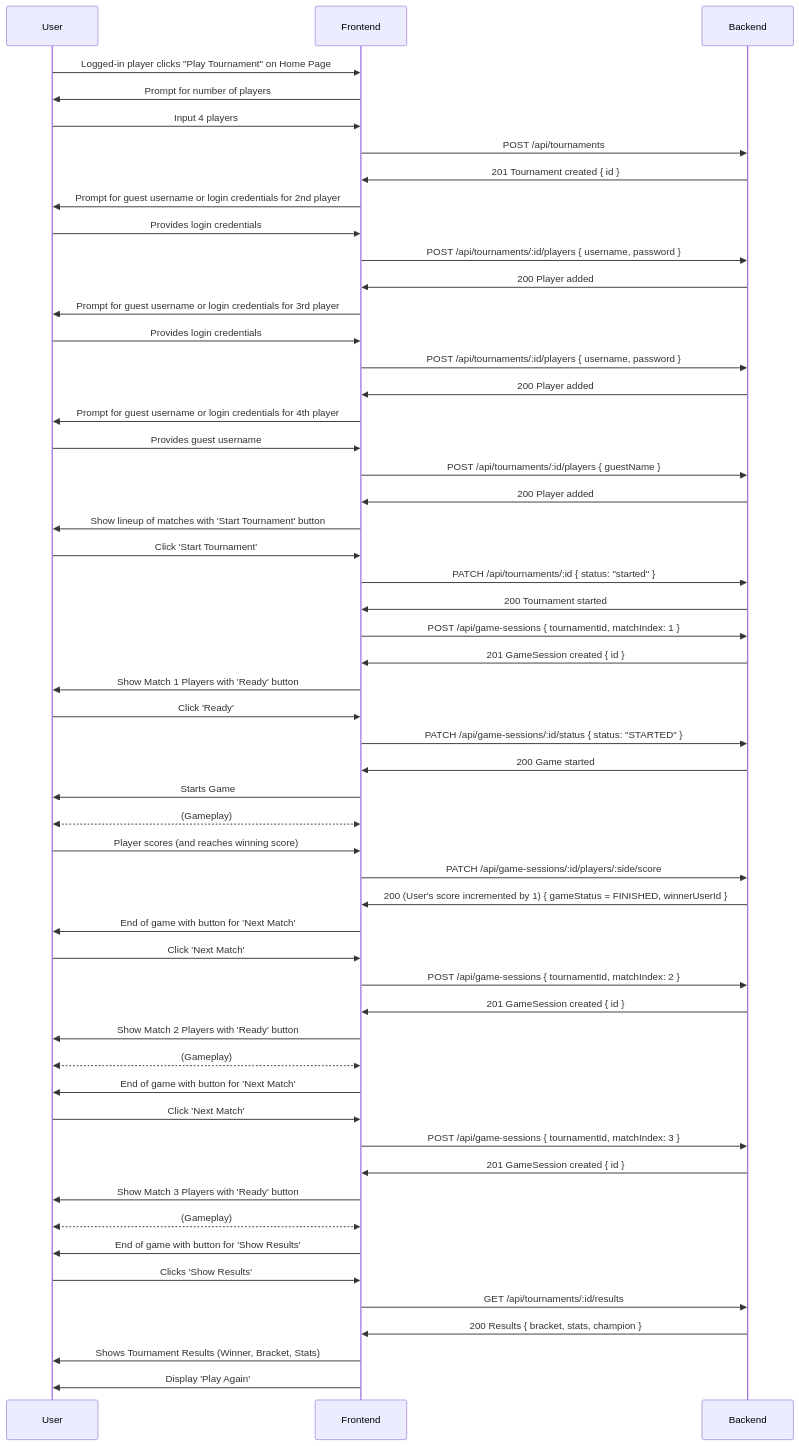
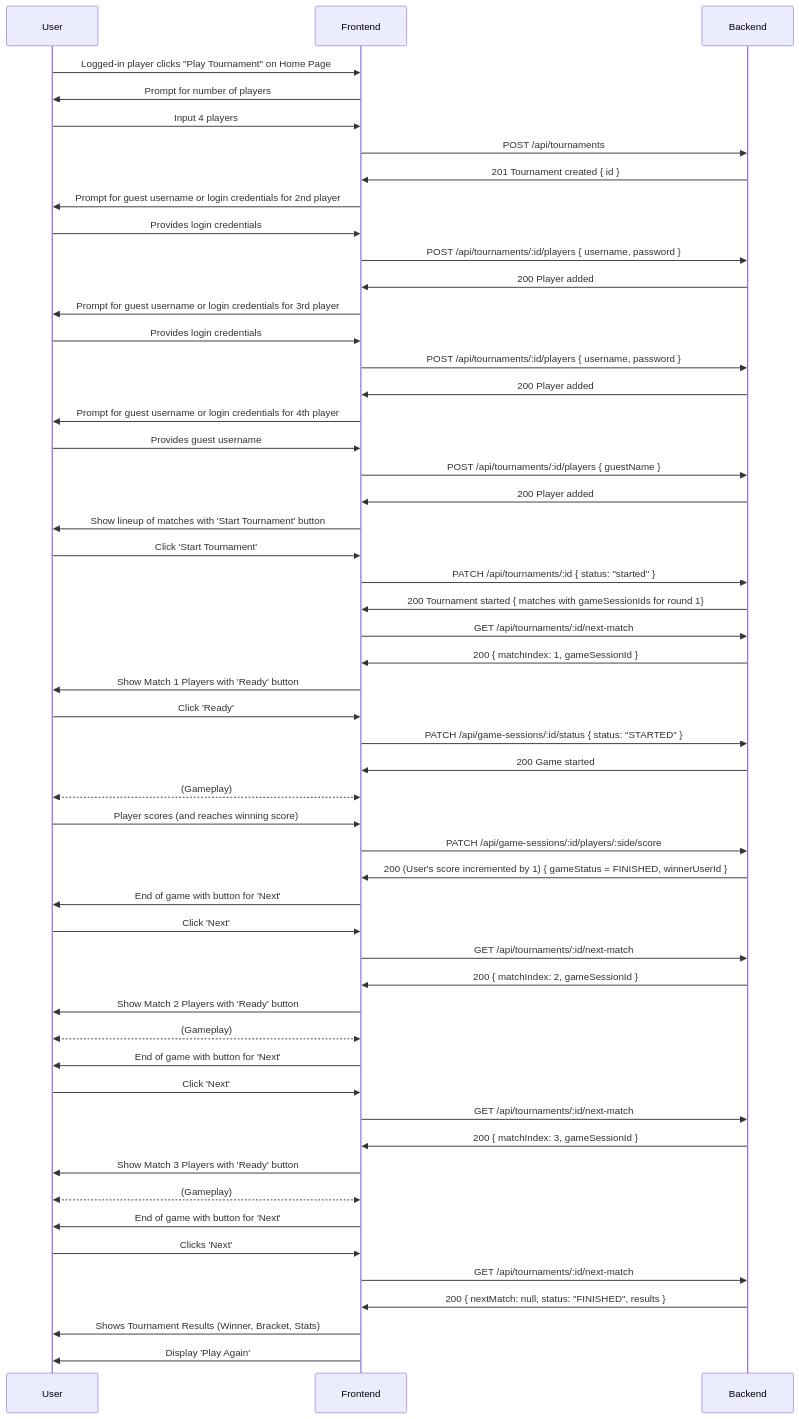
The diagram in documentation/tournament (BE).mmd (marsha-t/ft_transcendence), drawn with Mermaid before and after one commit. The commit also changed 10 other files, not shown here.

```diff
--- a/documentation/tournament (BE).mmd
+++ b/documentation/tournament (BE).mmd
@@ -1,69 +1,71 @@
 sequenceDiagram
     participant U as User
     participant FE as Frontend
     participant BE as Backend
 
     U->>FE: Logged-in player clicks "Play Tournament" on Home Page
     FE->>U: Prompt for number of players
     U->>FE: Input 4 players
 	FE->>BE: POST /api/tournaments 
     BE->>FE: 201 Tournament created { id }
 
+    %% Add player 2
     FE->>U: Prompt for guest username or login credentials for 2nd player
 	U->>FE: Provides login credentials
 	FE->>BE: POST /api/tournaments/:id/players { username, password }
 	BE->>FE: 200 Player added
     
+    %% Add player 3
 	FE->>U: Prompt for guest username or login credentials for 3rd player
 	U->>FE: Provides login credentials
 	FE->>BE: POST /api/tournaments/:id/players { username, password }
 	BE->>FE: 200 Player added
 	
+    %% Add player 4
 	FE->>U: Prompt for guest username or login credentials for 4th player
 	U->>FE: Provides guest username
 	FE->>BE: POST /api/tournaments/:id/players { guestName }
 	BE->>FE: 200 Player added
     
 	FE->>U: Show lineup of matches with 'Start Tournament' button
 	U->>FE: Click 'Start Tournament'
 	FE->>BE: PATCH /api/tournaments/:id { status: "started" }
-    BE->>FE: 200 Tournament started
+    BE->>FE: 200 Tournament started { matches with gameSessionIds for round 1}
 	
-    %% First game session
-	FE->>BE: POST /api/game-sessions { tournamentId, matchIndex: 1 }
-    BE->>FE: 201 GameSession created { id }
-	FE->>U: Show Match 1 Players with 'Ready' button
-	U->>FE: Click 'Ready'
+    %% Match 1 
+    FE->>BE: GET /api/tournaments/:id/next-match
+	BE->>FE: 200 { matchIndex: 1, gameSessionId }
+    FE->>U: Show Match 1 Players with 'Ready' button
+    U->>FE: Click 'Ready'
 	FE->>BE: PATCH /api/game-sessions/:id/status { status: "STARTED" }
 	BE->>FE: 200 Game started
-	
-	FE->>U: Starts Game
 	U<<-->>FE: (Gameplay)
+
+	%% Scoring & advancing
 	U->>FE: Player scores (and reaches winning score)
     FE->>BE: PATCH /api/game-sessions/:id/players/:side/score
 	BE->>FE: 200 (User's score incremented by 1) { gameStatus = FINISHED, winnerUserId }
-	FE->>U: End of game with button for 'Next Match'
+	FE->>U: End of game with button for 'Next'
 
-
-    %% Second game session
-	U->>FE: Click 'Next Match'
-	FE->>BE: POST /api/game-sessions { tournamentId, matchIndex: 2 }
-    BE->>FE: 201 GameSession created { id }
+    %% Match 2
+	U->>FE: Click 'Next'
+	FE->>BE: GET /api/tournaments/:id/next-match
+	BE->>FE: 200 { matchIndex: 2, gameSessionId }
 	FE->>U: Show Match 2 Players with 'Ready' button
 	U<<-->>FE: (Gameplay)
-	FE->>U: End of game with button for 'Next Match'
+	FE->>U: End of game with button for 'Next'
 	
-	
-	%% Final game session
-	U->>FE: Click 'Next Match'
-	FE->>BE: POST /api/game-sessions { tournamentId, matchIndex: 3 }
-    BE->>FE: 201 GameSession created { id }
+	%% Match 3
+	U->>FE: Click 'Next'
+	FE->>BE: GET /api/tournaments/:id/next-match
+	BE->>FE: 200 { matchIndex: 3, gameSessionId }
 	FE->>U: Show Match 3 Players with 'Ready' button
 	U<<-->>FE: (Gameplay)
-	FE->>U: End of game with button for 'Show Results'
+	FE->>U: End of game with button for 'Next'
 	
-	U->>FE: Clicks 'Show Results'
-	FE->>BE: GET /api/tournaments/:id/results
-    BE->>FE: 200 Results { bracket, stats, champion }
+	%% Final match ends
+	U->>FE: Clicks 'Next'
+	FE->>BE: GET /api/tournaments/:id/next-match
+	BE->>FE: 200 { nextMatch: null, status: "FINISHED", results }
 	FE->>U: Shows Tournament Results (Winner, Bracket, Stats)
 	FE->>U: Display 'Play Again'
```
